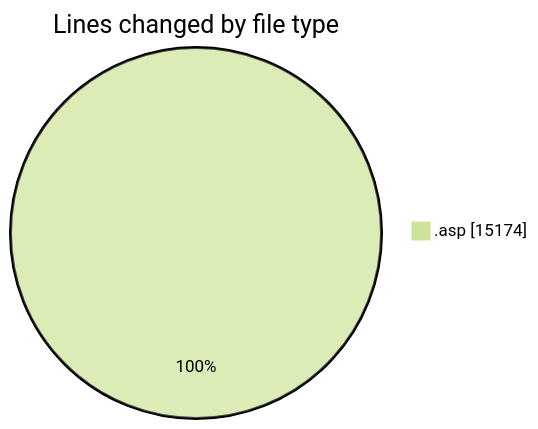
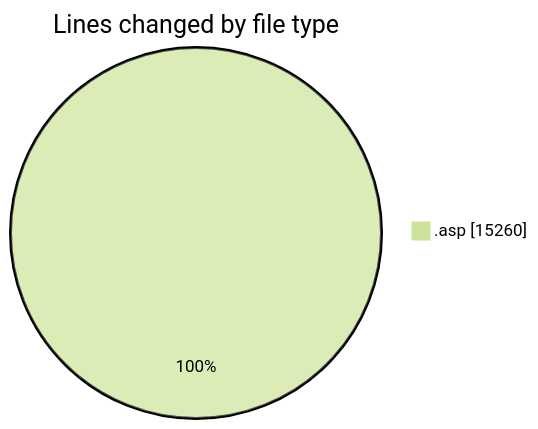
Before and after one commit to julien-gomy/code-tracking: the first of 2 diagrams in 2025-11-14/cdp_aleoudev_fr__workspace_/README.md, drawn with Mermaid (forest theme). The commit also changed other lines of this file and 1 other file, not shown here.

````diff
--- a/2025-11-14/cdp_aleoudev_fr__workspace_/README.md
+++ b/2025-11-14/cdp_aleoudev_fr__workspace_/README.md
@@ -26,5 +27,5 @@
 ```mermaid
 pie showData
 title Lines changed by file type
-".asp" : 15174
+".asp" : 15260
 ```
````
